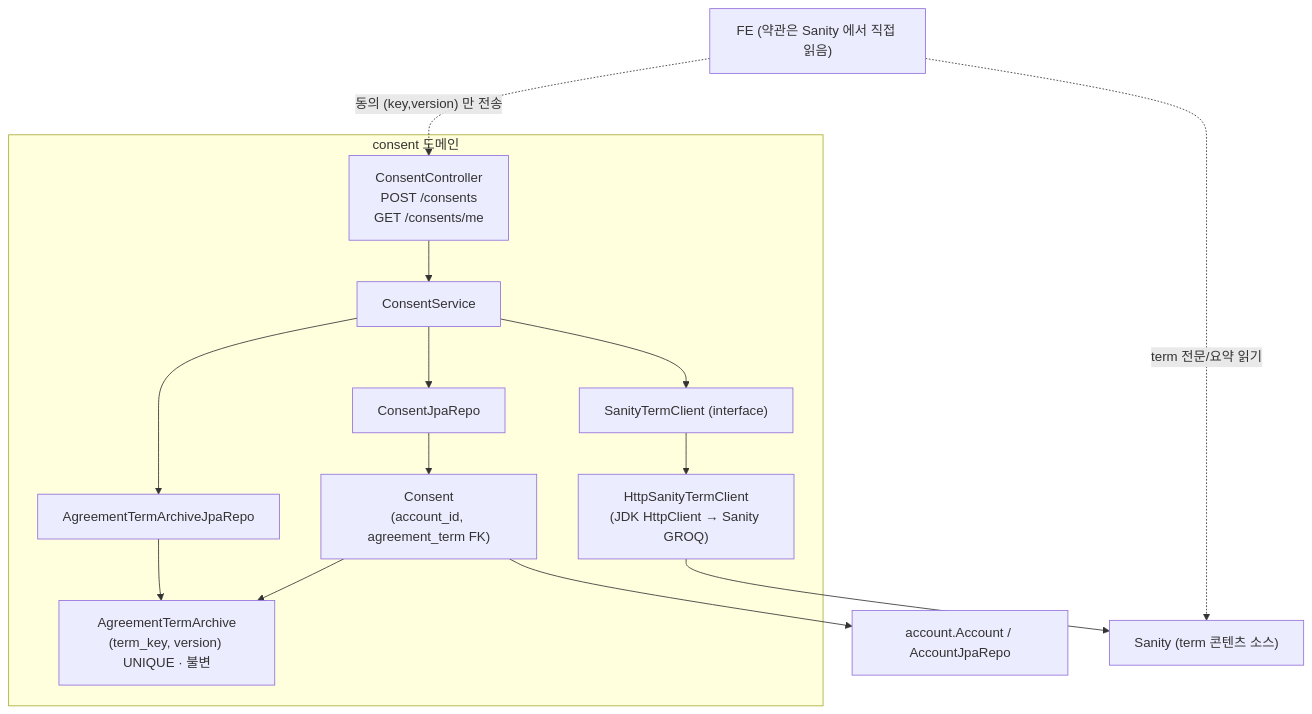
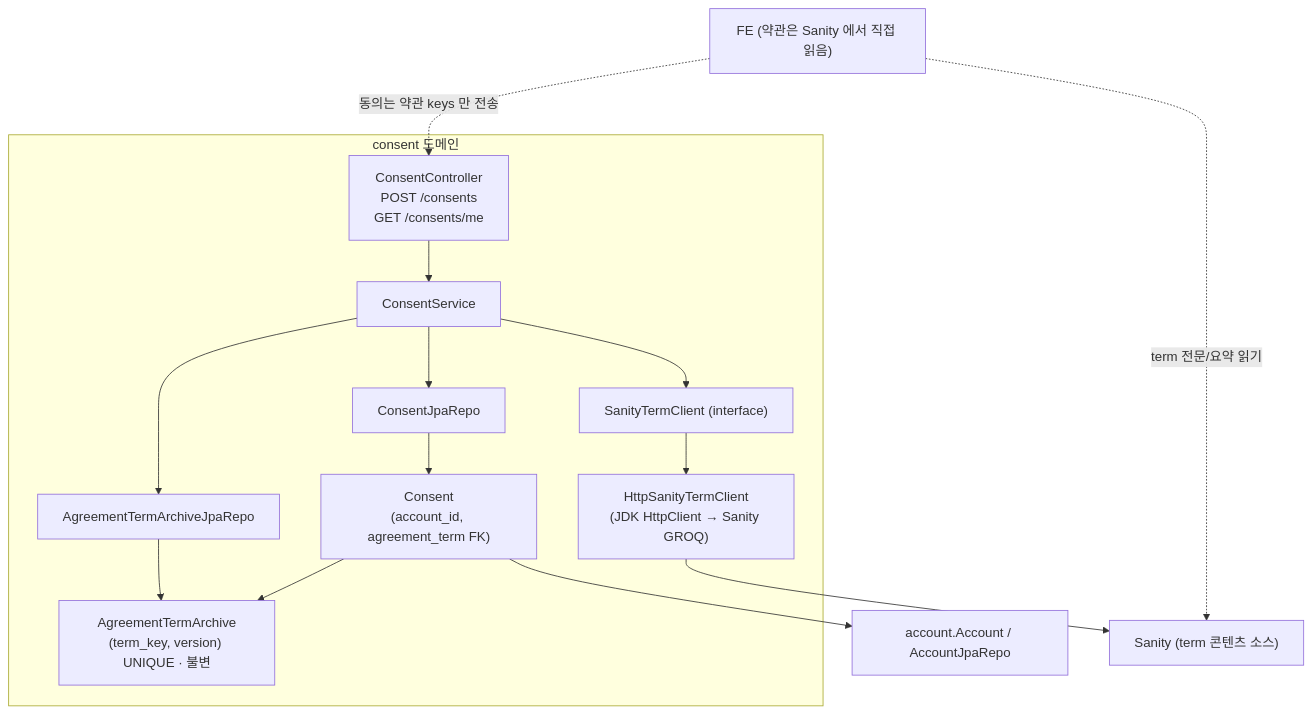
Before and after one commit to pungdong/Pungdong-Backend: the first of 3 diagrams in docs/architecture/consent.md, drawn with Mermaid. The commit also changed other lines of this file and 7 other files, not shown here.

First line of the commit message:
Refactor: 동의 요청을 key-only 로 — version 은 BE 가 전적으로 결정

````diff
--- a/docs/architecture/consent.md
+++ b/docs/architecture/consent.md
@@ -15,26 +15,26 @@
 ```mermaid
 flowchart TB
     subgraph CONSENT["consent 도메인"]
         Ctl["ConsentController<br/>POST /consents<br/>GET /consents/me"]
         Svc["ConsentService"]
         Client["SanityTermClient (interface)"]
         Http["HttpSanityTermClient<br/>(JDK HttpClient → Sanity GROQ)"]
         Archive["AgreementTermArchive<br/>(term_key, version) UNIQUE · 불변"]
         Consent["Consent<br/>(account_id, agreement_term FK)"]
         ARepo["AgreementTermArchiveJpaRepo"]
         CRepo["ConsentJpaRepo"]
     end
 
     Account["account.Account / AccountJpaRepo"]
     Sanity["Sanity (term 콘텐츠 소스)"]
     FE["FE (약관은 Sanity 에서 직접 읽음)"]
 
     Ctl --> Svc
     Svc --> Client --> Http --> Sanity
     Svc --> ARepo --> Archive
     Svc --> CRepo --> Consent
     Consent --> Account
     Consent --> Archive
     FE -.term 전문/요약 읽기.-> Sanity
-    FE -.동의 (key,version) 만 전송.-> Ctl
+    FE -.동의는 약관 keys 만 전송.-> Ctl
 ```
````
